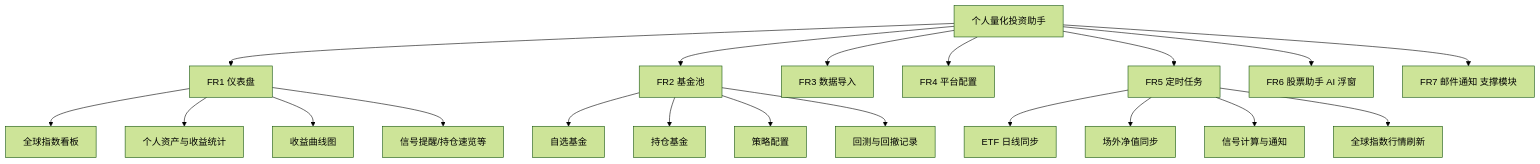
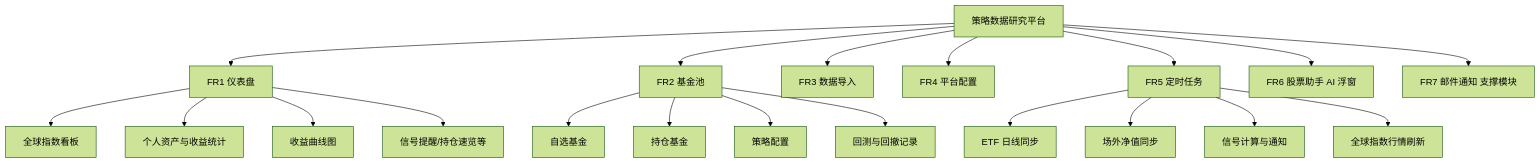
The first of 4 diagrams in docs/01-技术需求文档.md (777vv/quant-platform), drawn with Mermaid (forest theme) before and after one commit. The commit also changed other lines of this file and 46 other files, not shown here.

````diff
--- a/docs/01-技术需求文档.md
+++ b/docs/01-技术需求文档.md
@@ -81,25 +81,25 @@
 ```mermaid
 flowchart TD
-    A[个人量化投资助手] --> B[FR1 仪表盘]
+    A[策略数据研究平台] --> B[FR1 仪表盘]
     A --> C[FR2 基金池]
     A --> D[FR3 数据导入]
     A --> E[FR4 平台配置]
     A --> F[FR5 定时任务]
     A --> G[FR6 股票助手 AI 浮窗]
     A --> H[FR7 邮件通知 支撑模块]
 
     B --> B1[全球指数看板]
     B --> B2[个人资产与收益统计]
     B --> B3[收益曲线图]
     B --> B4[信号提醒/持仓速览等]
 
     C --> C1[自选基金]
     C --> C2[持仓基金]
     C --> C3[策略配置]
     C --> C4[回测与回撤记录]
 
     F --> F1[ETF 日线同步]
     F --> F2[场外净值同步]
     F --> F3[信号计算与通知]
     F --> F4[全球指数行情刷新]
 ```
````
